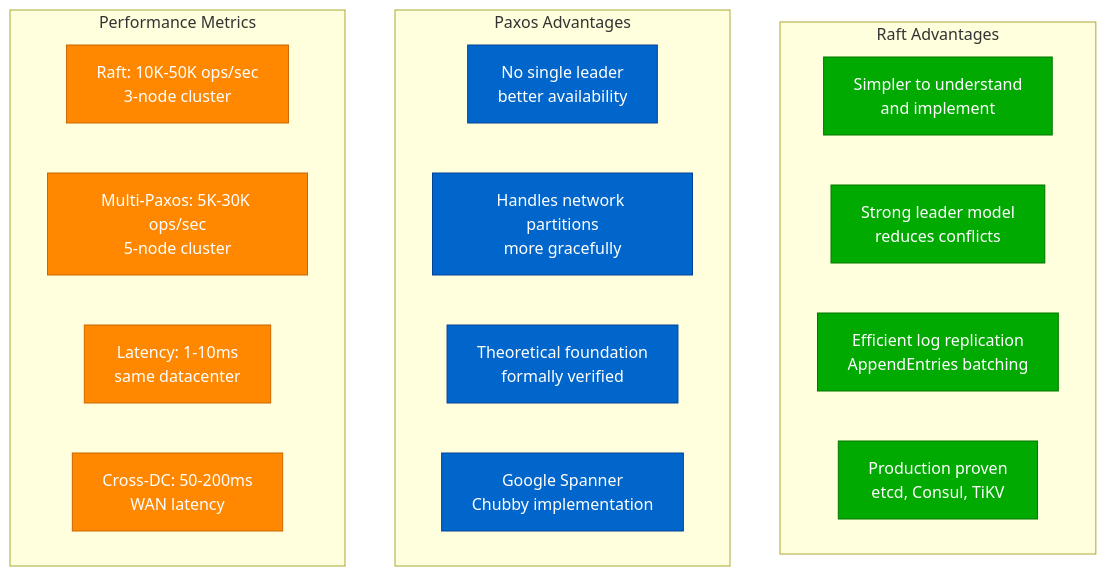
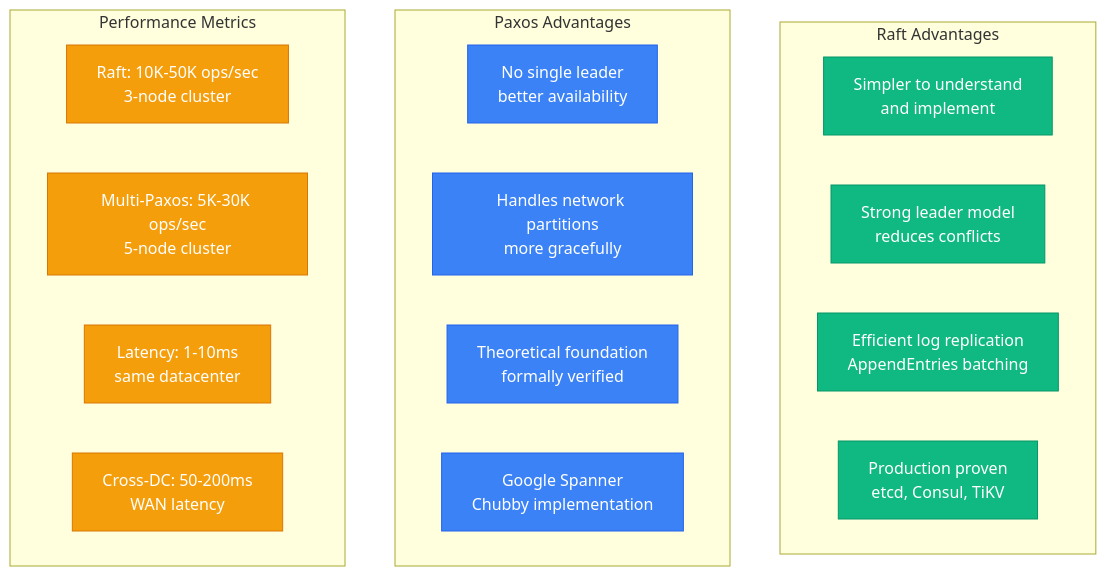
The fifth of 6 diagrams in site/docs/guarantees/linearizability/linearizability-implementation.md (deepaucksharma/DS), drawn with Mermaid before and after one commit. The commit also changed other lines of this file and 303 other files, not shown here.

````diff
--- a/site/docs/guarantees/linearizability/linearizability-implementation.md
+++ b/site/docs/guarantees/linearizability/linearizability-implementation.md
@@ -228,31 +228,31 @@
 ```mermaid
 graph TB
     subgraph RaftPros[Raft Advantages]
         R1[Simpler to understand<br/>and implement]
         R2[Strong leader model<br/>reduces conflicts]
         R3[Efficient log replication<br/>AppendEntries batching]
         R4[Production proven<br/>etcd, Consul, TiKV]
     end
 
     subgraph PaxosPros[Paxos Advantages]
         P1[No single leader<br/>better availability]
         P2[Handles network partitions<br/>more gracefully]
         P3[Theoretical foundation<br/>formally verified]
         P4[Google Spanner<br/>Chubby implementation]
     end
 
     subgraph Performance[Performance Metrics]
         PM1[Raft: 10K-50K ops/sec<br/>3-node cluster]
         PM2[Multi-Paxos: 5K-30K ops/sec<br/>5-node cluster]
         PM3[Latency: 1-10ms<br/>same datacenter]
         PM4[Cross-DC: 50-200ms<br/>WAN latency]
     end
 
-    classDef raftStyle fill:#00AA00,stroke:#007700,color:#fff
-    classDef paxosStyle fill:#0066CC,stroke:#004499,color:#fff
-    classDef perfStyle fill:#FF8800,stroke:#CC6600,color:#fff
+    classDef raftStyle fill:#10B981,stroke:#059669,color:#fff
+    classDef paxosStyle fill:#3B82F6,stroke:#2563EB,color:#fff
+    classDef perfStyle fill:#F59E0B,stroke:#D97706,color:#fff
 
     class R1,R2,R3,R4 raftStyle
     class P1,P2,P3,P4 paxosStyle
     class PM1,PM2,PM3,PM4 perfStyle
 ```
````
